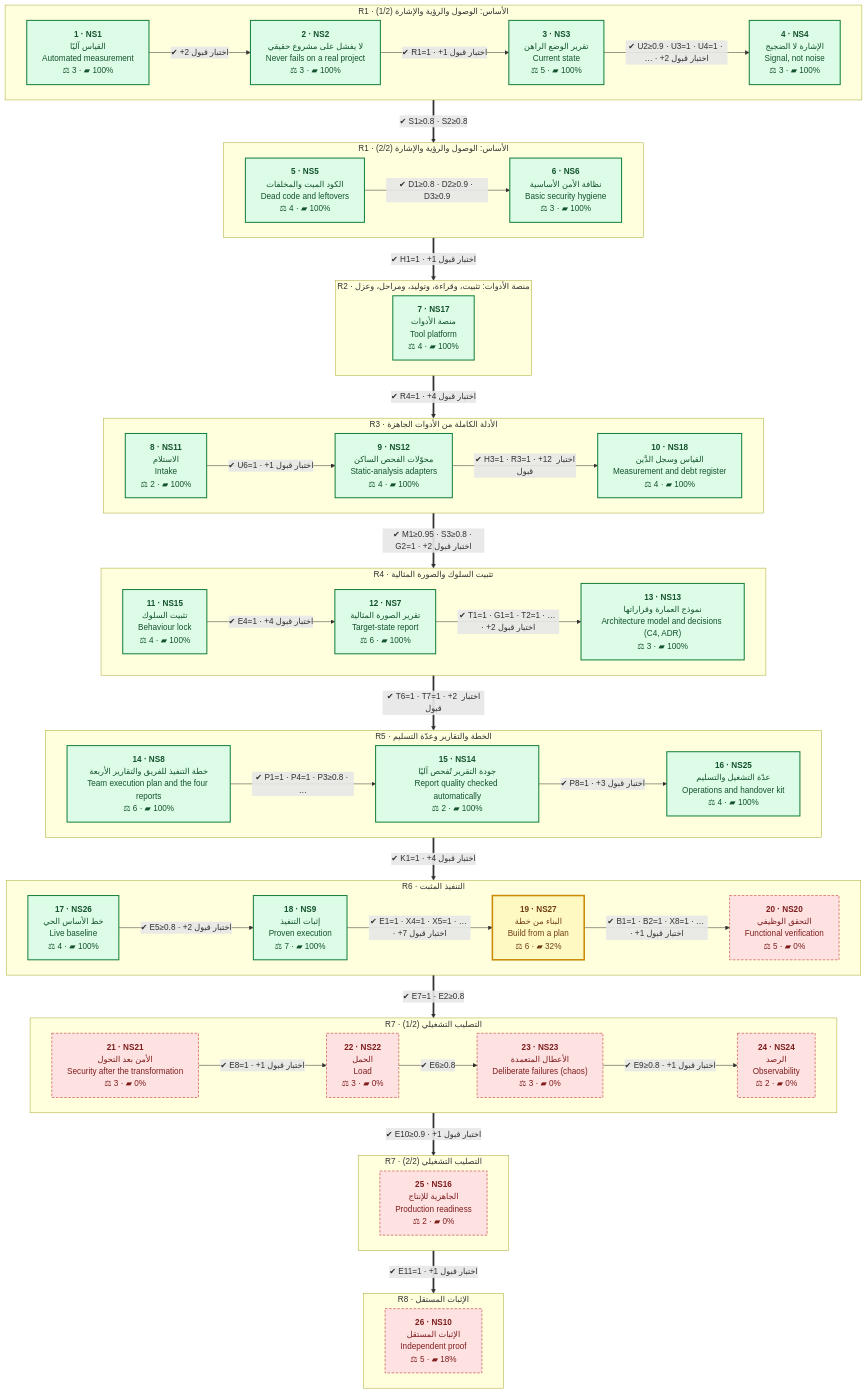
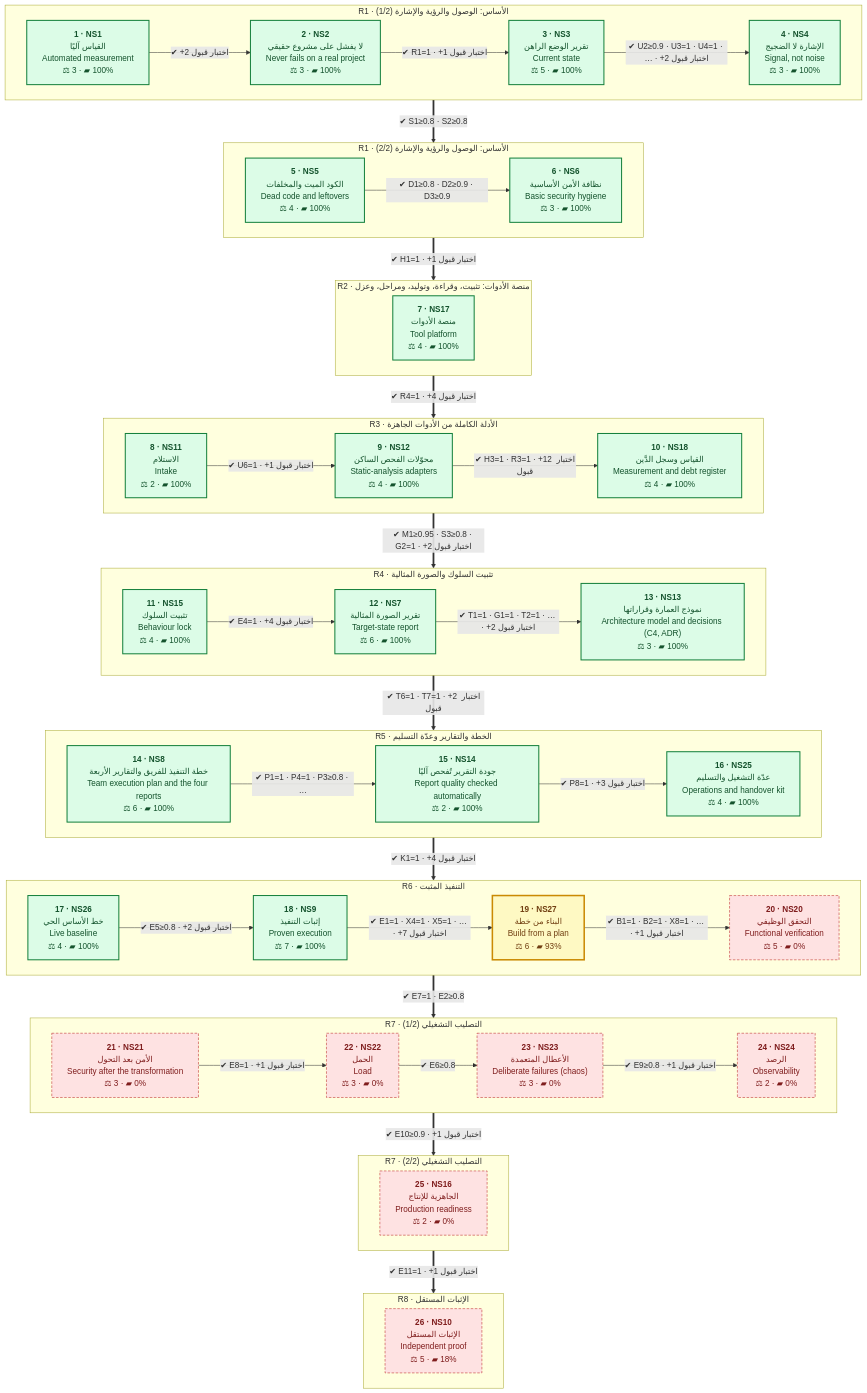
Before and after one commit to eom1417/engineering-audit-os: the second of 2 diagrams in README.md, drawn with Mermaid. The commit also changed other lines of this file and 4 other files, not shown here.

```diff
--- a/README.md
+++ b/README.md
@@ -295,7 +295,7 @@
         direction LR
         NS26["<b>17 · NS26</b><br/>خط الأساس الحي<br/>Live baseline<br/>⚖ 4 · ▰ 100%"]:::done
         NS9["<b>18 · NS9</b><br/>إثبات التنفيذ<br/>Proven execution<br/>⚖ 7 · ▰ 100%"]:::done
-        NS27["<b>19 · NS27</b><br/>البناء من خطة<br/>Build from a plan<br/>⚖ 6 · ▰ 32%"]:::current
+        NS27["<b>19 · NS27</b><br/>البناء من خطة<br/>Build from a plan<br/>⚖ 6 · ▰ 93%"]:::current
         NS20["<b>20 · NS20</b><br/>التحقق الوظيفي<br/>Functional verification<br/>⚖ 5 · ▰ 0%"]:::owner
         NS26 -->|"✔ E5≥0.8 · +2 اختبار قبول"| NS9
         NS9 -->|"✔ E1=1 · X4=1 · X5=1 · … · +7 اختبار قبول"| NS27
```
